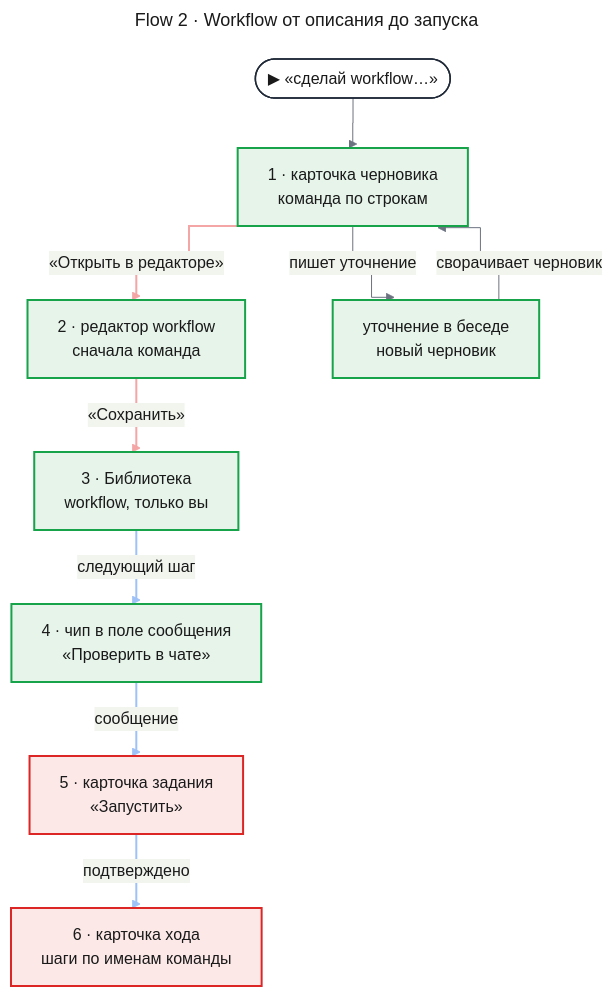
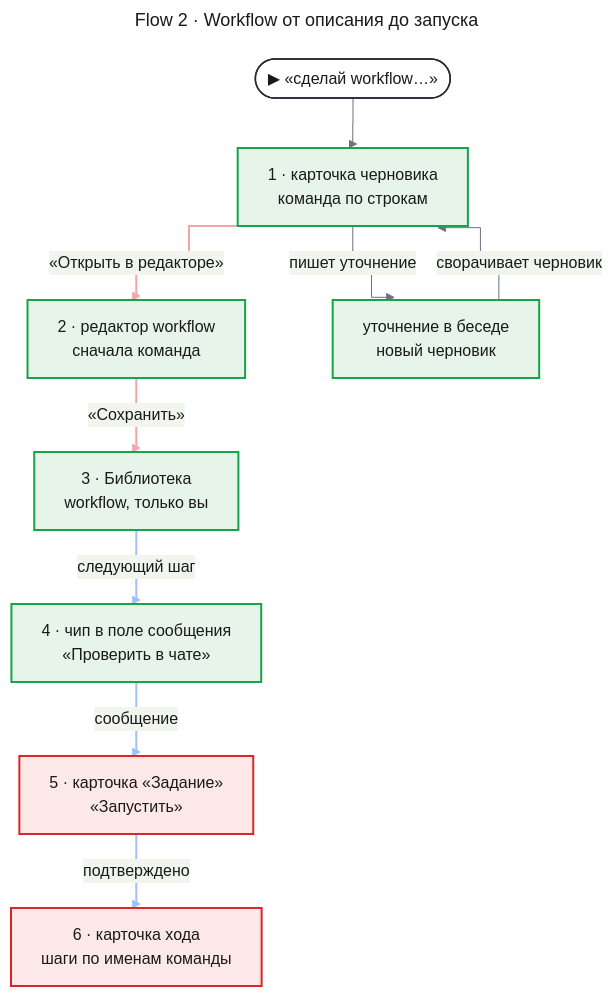
One commit to tundraray/agent-os changed the fourth of 5 diagrams in docs/features/custom-agents/uxrd.md. Above: the diagram before and after it, drawn with Mermaid. The commit also changed other lines of this file and 2 other files, not shown here.

````diff
--- a/docs/features/custom-agents/uxrd.md
+++ b/docs/features/custom-agents/uxrd.md
@@ -213,51 +213,51 @@
 ```mermaid
 ---
 title: "Flow 2 · Workflow от описания до запуска"
 config:
   theme: base
   look: classic
   themeVariables:
     primaryColor: "#eef1f5"
     primaryBorderColor: "#4b5563"
     primaryTextColor: "#1a1a1a"
     lineColor: "#6b7280"
   flowchart:
     curve: step
   themeCSS: |
     @keyframes lit_ca2{0%,18%{stroke:#991b1b;stroke-width:6px}20%,100%{stroke:#f4a5a5;stroke-width:2px}}
     @keyframes litr_ca2{0%,18%{stroke:#1d4ed8;stroke-width:6px}20%,100%{stroke:#9ec1f7;stroke-width:2px}}
 ---
 flowchart TD
     entry(["▶ «сделай workflow…»"])
     card["1 · карточка черновика<br/>команда по строкам"]
     editor["2 · редактор workflow<br/>сначала команда"]
     lib["3 · Библиотека<br/>workflow, только вы"]
     chip["4 · чип в поле сообщения<br/>«Проверить в чате»"]
-    task["5 · карточка задания<br/>«Запустить»"]
+    task["5 · карточка «Задание»<br/>«Запустить»"]
     run["6 · карточка хода<br/>шаги по именам команды"]
     refine["уточнение в беседе<br/>новый черновик"]
     entry --> card
     card e1@-->|"«Открыть в редакторе»"| editor
     editor e2@-->|"«Сохранить»"| lib
     lib e3@-->|"следующий шаг"| chip
     chip e4@-->|"сообщение"| task
     task e5@-->|"подтверждено"| run
     card -->|"пишет уточнение"| refine
     refine -->|"сворачивает черновик"| card
     classDef entry fill:#ffffff,stroke:#1f2937,stroke-width:1.5px,color:#1a1a1a
     classDef changed fill:#fde8e8,stroke:#dc2626,stroke-width:2px,color:#1a1a1a
     classDef new fill:#e6f4ea,stroke:#16a34a,stroke-width:2px,color:#1a1a1a
     classDef w1 stroke:#f4a5a5,stroke-width:2px,animation:lit_ca2 6s linear 0s infinite
     classDef w2 stroke:#f4a5a5,stroke-width:2px,animation:lit_ca2 6s linear 1.2s infinite
     classDef r1 stroke:#9ec1f7,stroke-width:2px,animation:litr_ca2 6s linear 2.4s infinite
     classDef r2 stroke:#9ec1f7,stroke-width:2px,animation:litr_ca2 6s linear 3.6s infinite
     classDef r3 stroke:#9ec1f7,stroke-width:2px,animation:litr_ca2 6s linear 4.8s infinite
     class entry entry
     class task,run changed
     class card,refine,editor,lib,chip new
     class e1 w1
     class e2 w2
     class e3 r1
     class e4 r2
     class e5 r3
 ```
````
